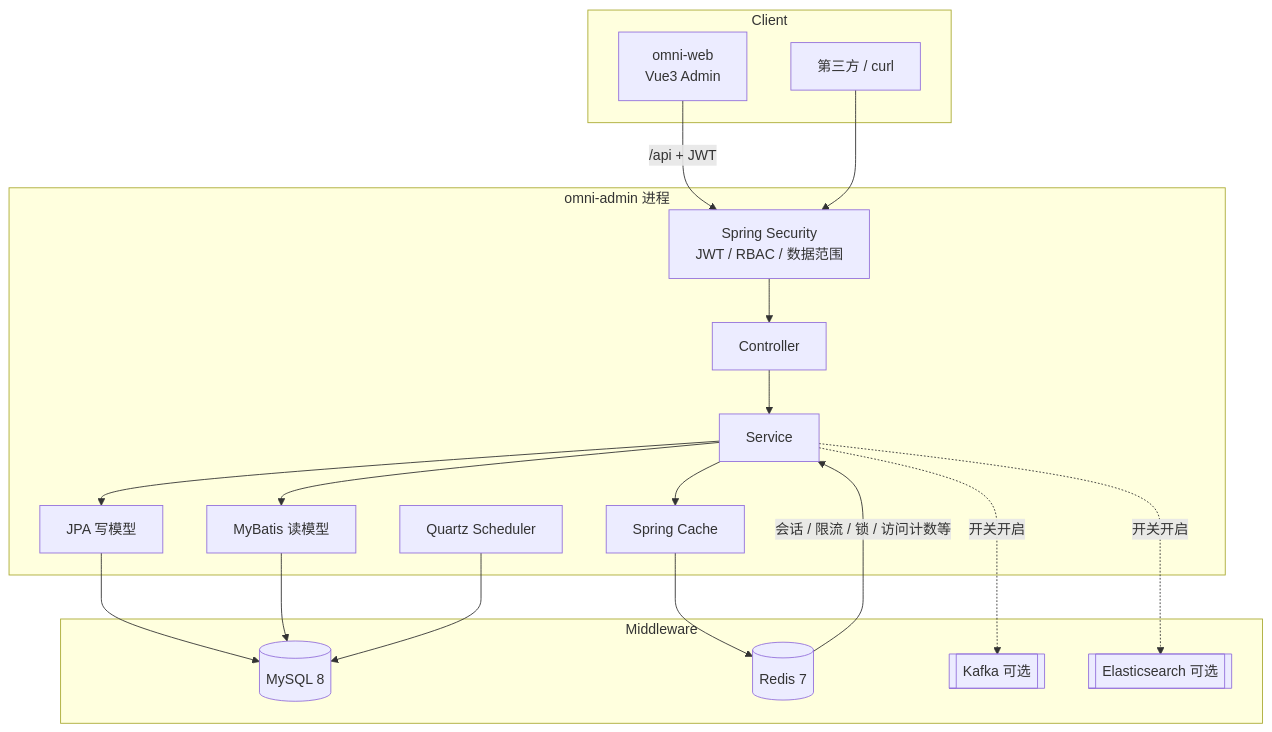
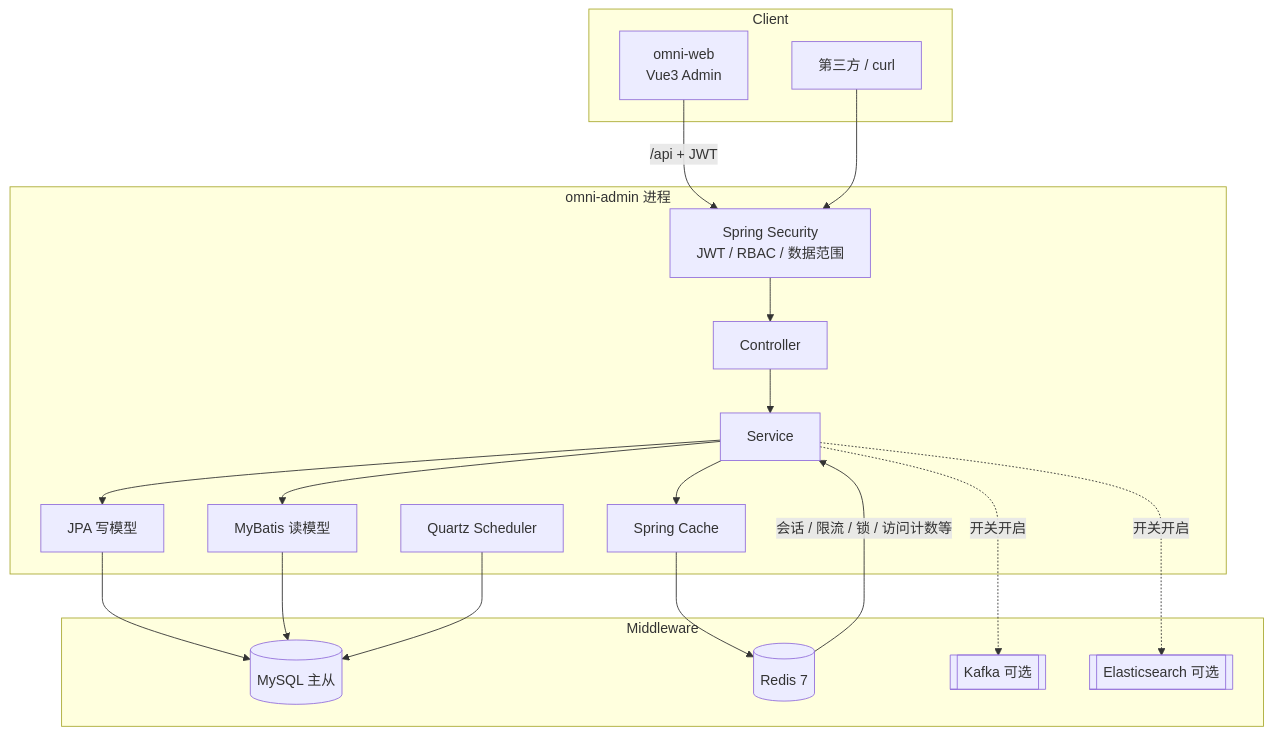
Before and after one commit to OmniSynth/omni-scaffolding: the diagram in README.md, drawn with Mermaid. The commit also changed other lines of this file and 87 other files, not shown here.

````diff
--- a/README.md
+++ b/README.md
@@ -50,38 +50,38 @@
 ```mermaid
 flowchart TB
   subgraph Client
     WEB[omni-web<br/>Vue3 Admin]
     API_CLIENT[第三方 / curl]
   end
 
   subgraph App["omni-admin 进程"]
     SEC[Spring Security<br/>JWT / RBAC / 数据范围]
     CTRL[Controller]
     SVC[Service]
     JPA[JPA 写模型]
     MB[MyBatis 读模型]
     QZ[Quartz Scheduler]
     CACHE[Spring Cache]
   end
 
   subgraph Middleware
-    MYSQL[(MySQL 8)]
+    MYSQL[(MySQL 主从)]
     REDIS[(Redis 7)]
     KAFKA[[Kafka 可选]]
     ES[[Elasticsearch 可选]]
   end
 
   WEB -->|/api + JWT| SEC
   API_CLIENT --> SEC
   SEC --> CTRL --> SVC
   SVC --> JPA
   SVC --> MB
   SVC --> CACHE
   JPA --> MYSQL
   MB --> MYSQL
   CACHE --> REDIS
   QZ --> MYSQL
   SVC -.->|开关开启| KAFKA
   SVC -.->|开关开启| ES
   REDIS -->|会话 / 限流 / 锁 / 访问计数等| SVC
 ```
````
